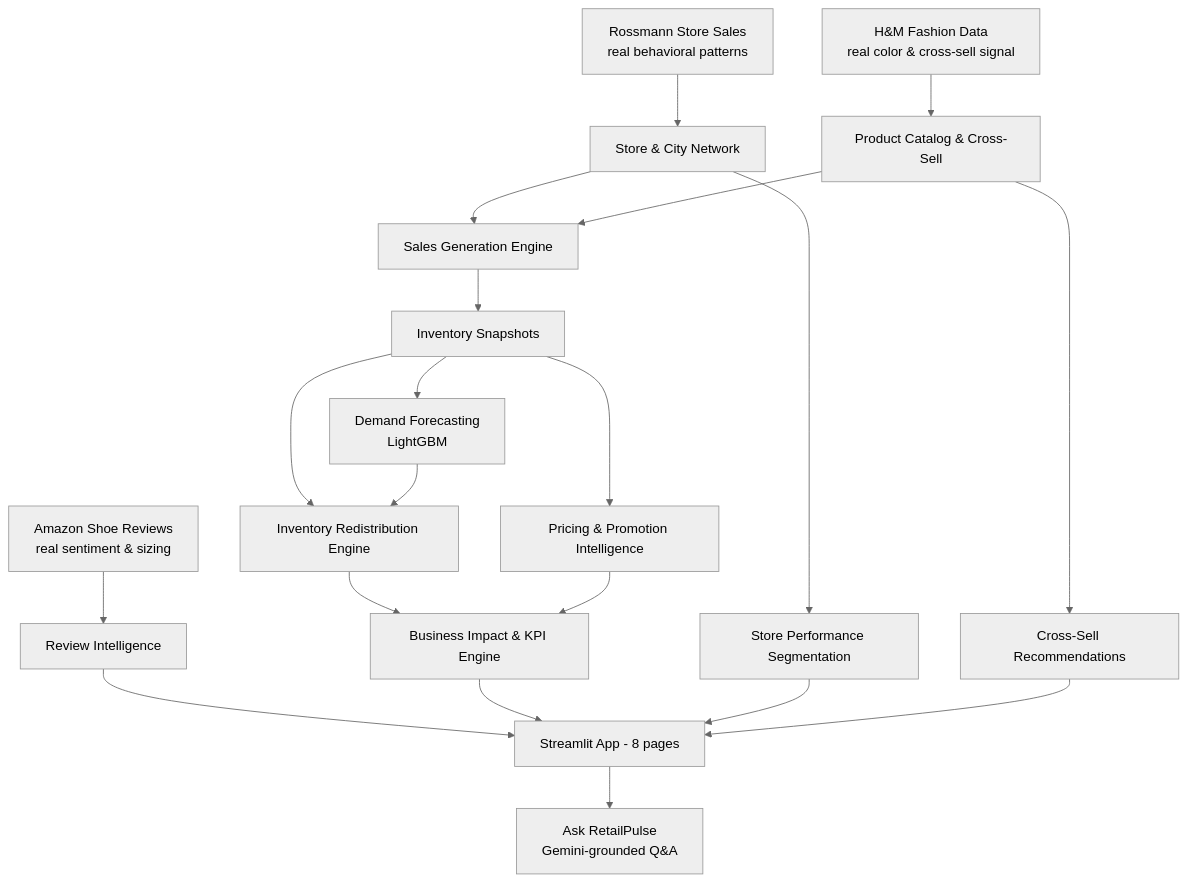
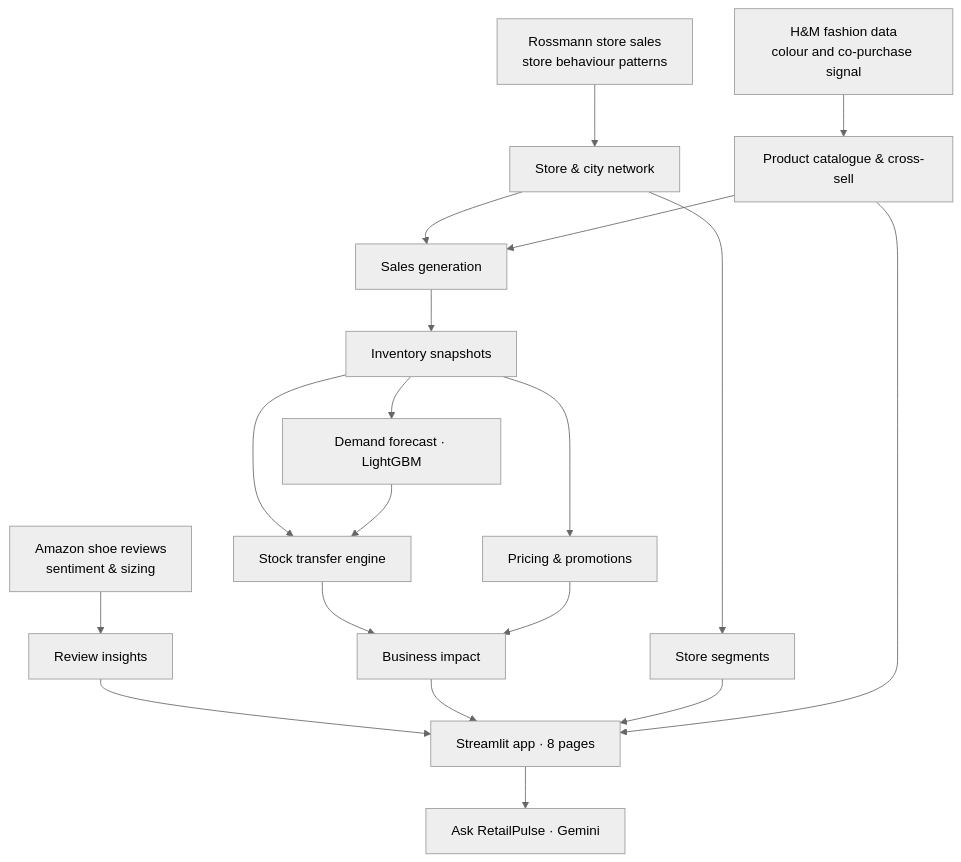
The diagram in README.md (hamazmubashar/RetailPulse360), drawn with Mermaid (neutral theme) before and after one commit. The commit also changed other lines of this file, not shown here.

````diff
--- a/README.md
+++ b/README.md
@@ -30,22 +53,21 @@
 ```mermaid
 flowchart TD
-    A[Rossmann Store Sales<br/>real behavioral patterns] --> D[Store & City Network]
-    B[H&M Fashion Data<br/>real color & cross-sell signal] --> E[Product Catalog & Cross-Sell]
-    C[Amazon Shoe Reviews<br/>real sentiment & sizing] --> F[Review Intelligence]
-    D --> G[Sales Generation Engine]
+    A[Rossmann store sales<br/>store behaviour patterns] --> D[Store & city network]
+    B[H&M fashion data<br/>colour and co-purchase signal] --> E[Product catalogue & cross-sell]
+    C[Amazon shoe reviews<br/>sentiment & sizing] --> F[Review insights]
+    D --> G[Sales generation]
     E --> G
-    G --> H[Inventory Snapshots]
-    H --> I[Demand Forecasting<br/>LightGBM]
-    H --> J[Inventory Redistribution Engine]
+    G --> H[Inventory snapshots]
+    H --> I[Demand forecast · LightGBM]
+    H --> J[Stock transfer engine]
     I --> J
-    H --> K[Pricing & Promotion Intelligence]
-    D --> L[Store Performance Segmentation]
-    E --> M[Cross-Sell Recommendations]
-    J --> N[Business Impact & KPI Engine]
+    H --> K[Pricing & promotions]
+    D --> L[Store segments]
+    J --> N[Business impact]
     K --> N
-    F --> O[Streamlit App - 8 pages]
+    F --> O[Streamlit app · 8 pages]
     N --> O
     L --> O
-    M --> O
-    O --> P[Ask RetailPulse<br/>Gemini-grounded Q&A]
+    E --> O
+    O --> P[Ask RetailPulse · Gemini]
 ```
````
